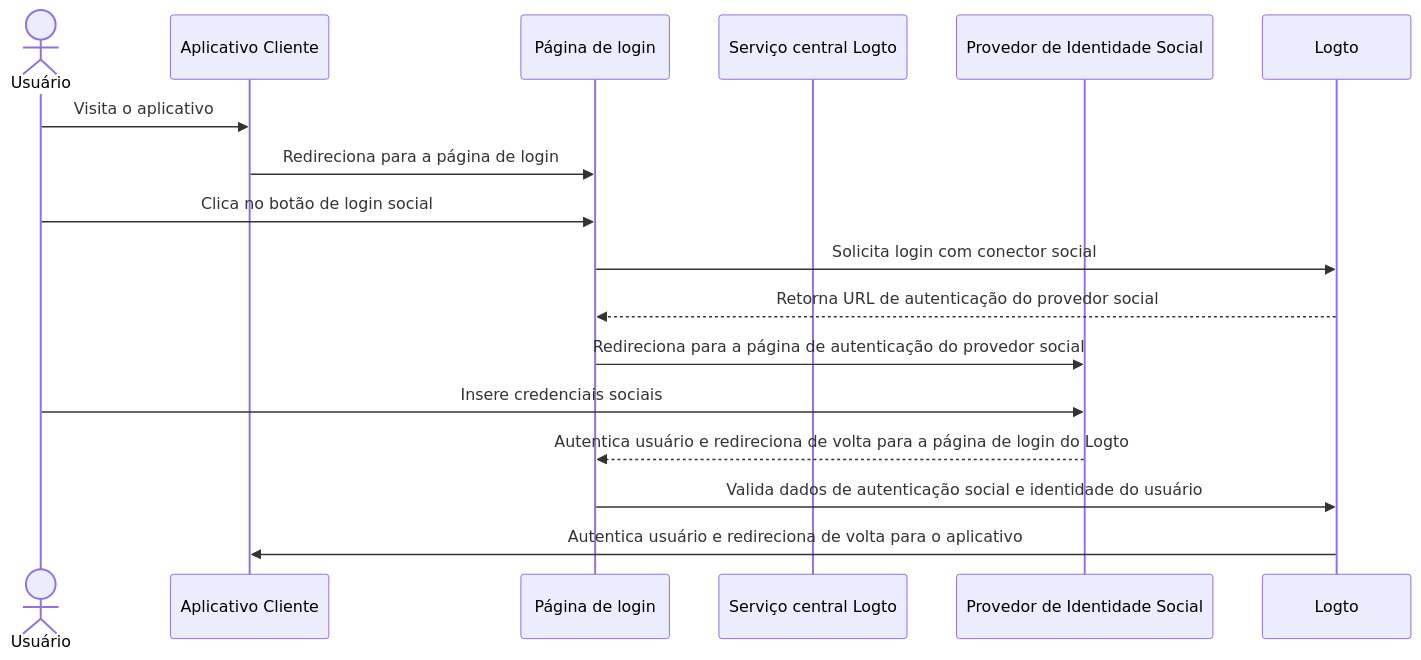
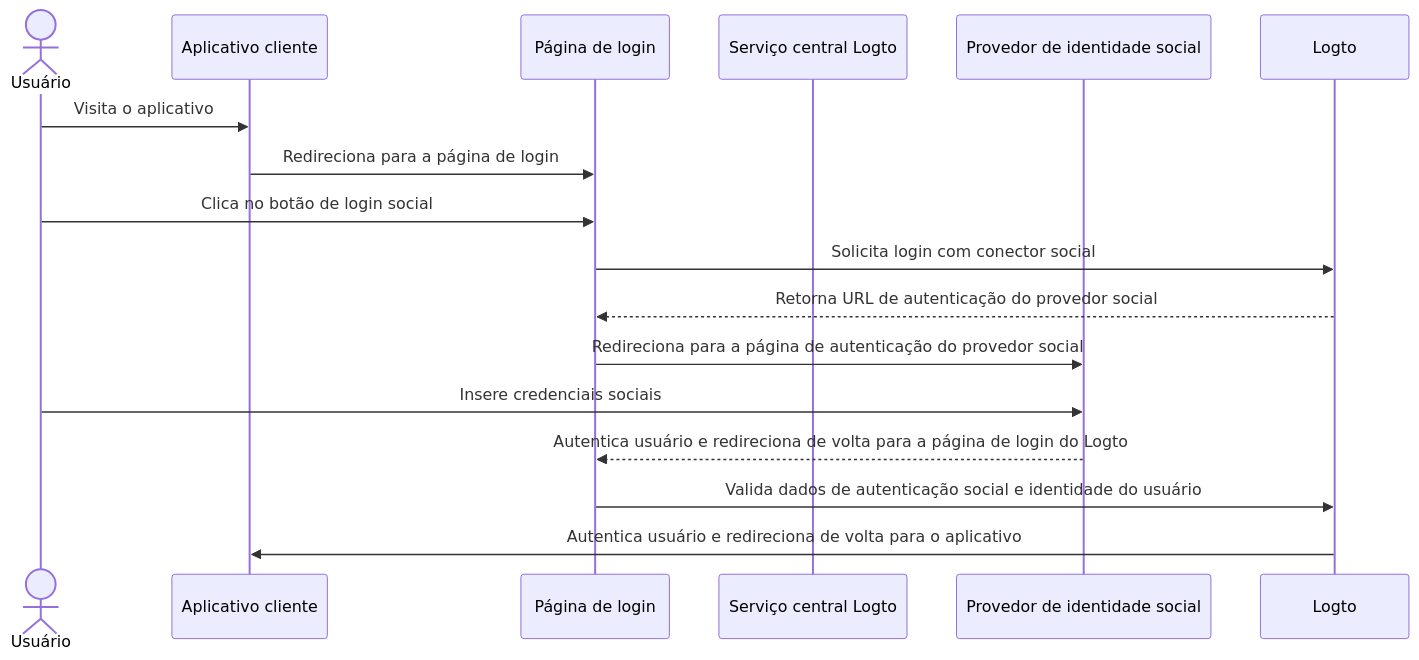
One commit to logto-io/docs changed the first of 6 diagrams in i18n/pt-BR/docusaurus-plugin-content-docs/current/end-user-flows/sign-up-and-sign-in/social-sign-in.mdx. Above: the diagram before and after it, drawn with Mermaid. The commit also changed other lines of this file and 59 other files, not shown here.

````diff
--- a/i18n/pt-BR/docusaurus-plugin-content-docs/current/end-user-flows/sign-up-and-sign-in/social-sign-in.mdx
+++ b/i18n/pt-BR/docusaurus-plugin-content-docs/current/end-user-flows/sign-up-and-sign-in/social-sign-in.mdx
@@ -36,19 +36,19 @@
 ```mermaid
 sequenceDiagram
     actor user as Usuário
-    participant app as Aplicativo Cliente
+    participant app as Aplicativo cliente
     participant experience as Página de login
     participant logto as Serviço central Logto
-    participant social as Provedor de Identidade Social
+    participant social as Provedor de identidade social
 
     user->>app: Visita o aplicativo
     app->>experience: Redireciona para a página de login
     user->>experience: Clica no botão de login social
     experience->>Logto: Solicita login com conector social
     Logto-->>experience: Retorna URL de autenticação do provedor social
     experience->>social: Redireciona para a página de autenticação do provedor social
     user->>social: Insere credenciais sociais
     social-->>experience: Autentica usuário e redireciona de volta para a página de login do Logto
     experience->>Logto: Valida dados de autenticação social e identidade do usuário
     Logto->>app: Autentica usuário e redireciona de volta para o aplicativo
 ```
````
